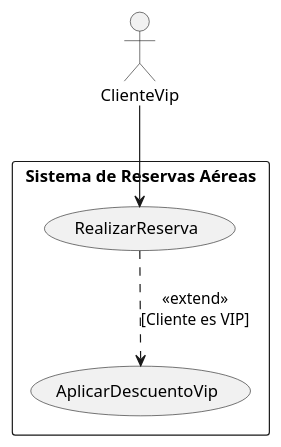
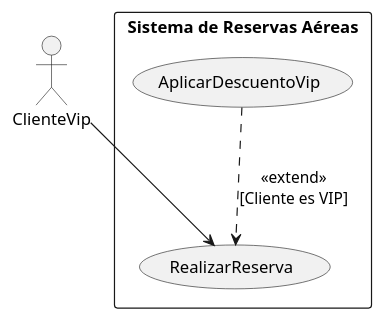
The diagram in UD7_diagramas_comportamiento/apuntes/res/ejemplo_extends.iuml (danielmartinan/entornos_desarrollo_2024-25), drawn with PlantUML before and after one commit. The commit also changed 4 other files, not shown here.

```diff
--- a/UD7_diagramas_comportamiento/apuntes/res/ejemplo_extends.iuml
+++ b/UD7_diagramas_comportamiento/apuntes/res/ejemplo_extends.iuml
@@ -1,13 +1,13 @@
 @startuml
 actor "ClienteVip" as pasajero
 
 rectangle "Sistema de Reservas Aéreas" {
     usecase RealizarReserva
     (AplicarDescuentoVip)
 }
 
 pasajero --> (RealizarReserva)
 
-(RealizarReserva) .down.> (AplicarDescuentoVip) : <<extend>>\n[Cliente es VIP]
+(AplicarDescuentoVip) ..> (RealizarReserva) : <<extend>>\n[Cliente es VIP]
 
 @enduml
```
